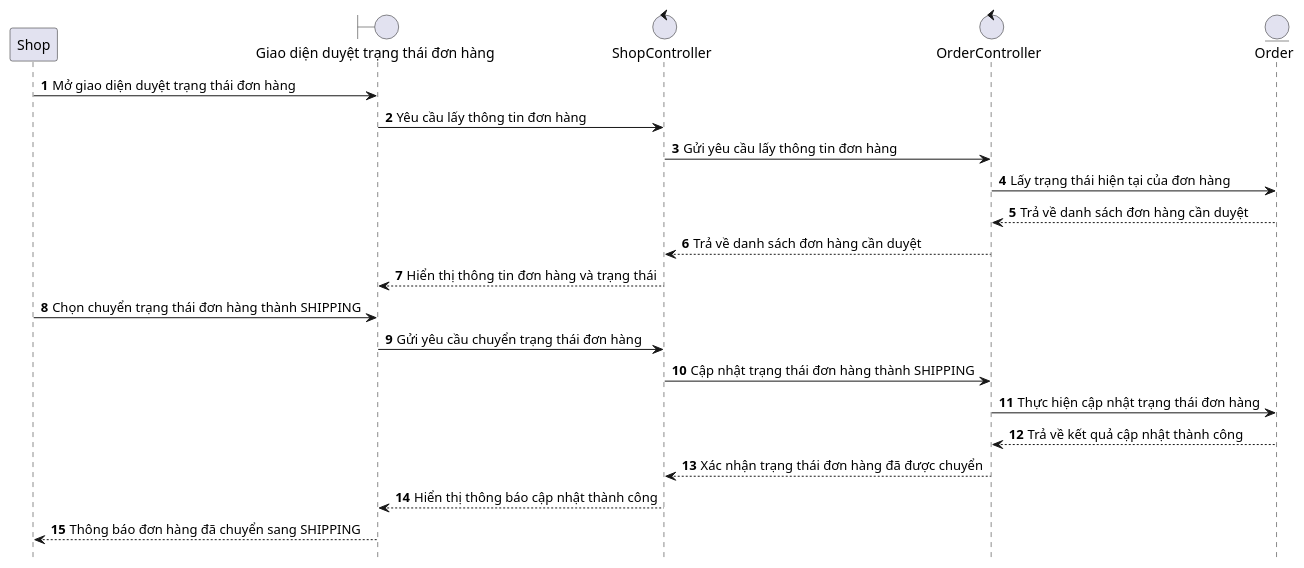
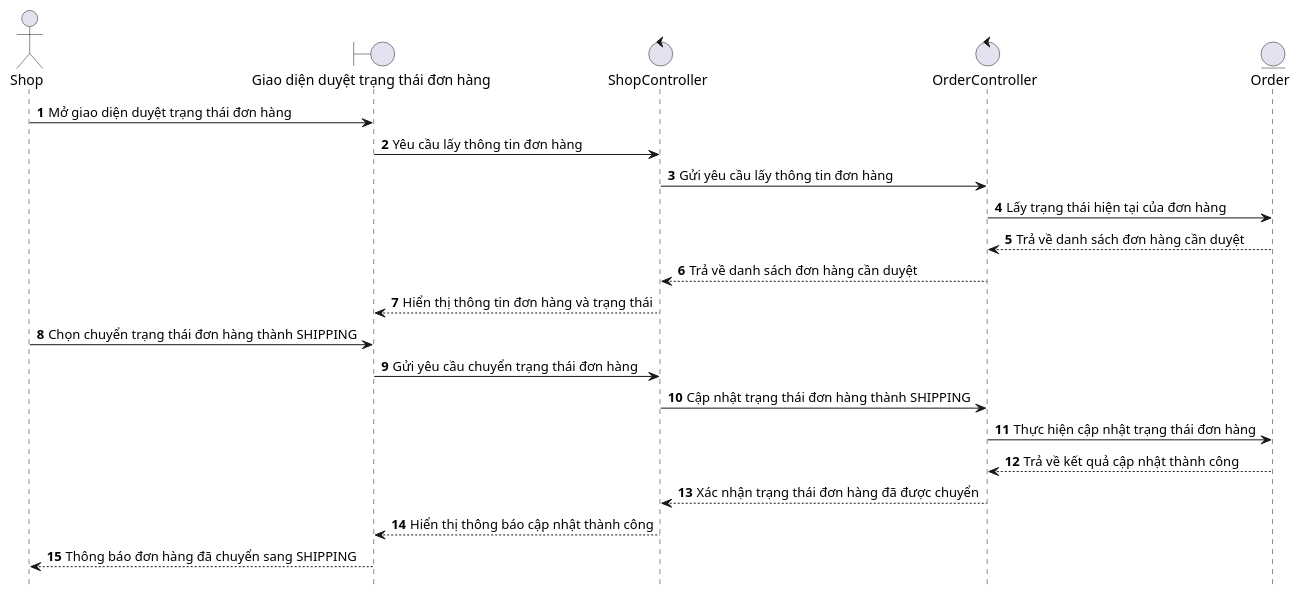
One commit to tuandev1l/e-commerce-code changed the diagram in client/uml/sequence/confirmProductShop.wsd. Above: the diagram before and after it, drawn with PlantUML. The commit also changed 391 other files, not shown here.

```diff
--- a/client/uml/sequence/confirmProductShop.wsd
+++ b/client/uml/sequence/confirmProductShop.wsd
@@ -1,28 +1,28 @@
 @startuml ApproveOrderComplete
 
 hide footbox
 autonumber
-participant Shop as shop
+actor Shop as shop
 boundary "Giao diện duyệt trạng thái đơn hàng" as orderStatusUI
 control "ShopController" as shopController
 control "OrderController" as orderController
 entity "Order" as orderEntity
 
 shop -> orderStatusUI: Mở giao diện duyệt trạng thái đơn hàng
 orderStatusUI -> shopController: Yêu cầu lấy thông tin đơn hàng
 shopController -> orderController: Gửi yêu cầu lấy thông tin đơn hàng
 orderController -> orderEntity: Lấy trạng thái hiện tại của đơn hàng
 orderEntity --> orderController: Trả về danh sách đơn hàng cần duyệt
 orderController --> shopController: Trả về danh sách đơn hàng cần duyệt
 shopController --> orderStatusUI: Hiển thị thông tin đơn hàng và trạng thái
 
 shop -> orderStatusUI: Chọn chuyển trạng thái đơn hàng thành SHIPPING
 orderStatusUI -> shopController: Gửi yêu cầu chuyển trạng thái đơn hàng
 shopController -> orderController: Cập nhật trạng thái đơn hàng thành SHIPPING
 orderController -> orderEntity: Thực hiện cập nhật trạng thái đơn hàng
 orderEntity --> orderController: Trả về kết quả cập nhật thành công
 orderController --> shopController: Xác nhận trạng thái đơn hàng đã được chuyển
 shopController --> orderStatusUI: Hiển thị thông báo cập nhật thành công
 orderStatusUI --> shop: Thông báo đơn hàng đã chuyển sang SHIPPING
 
 @enduml
```
